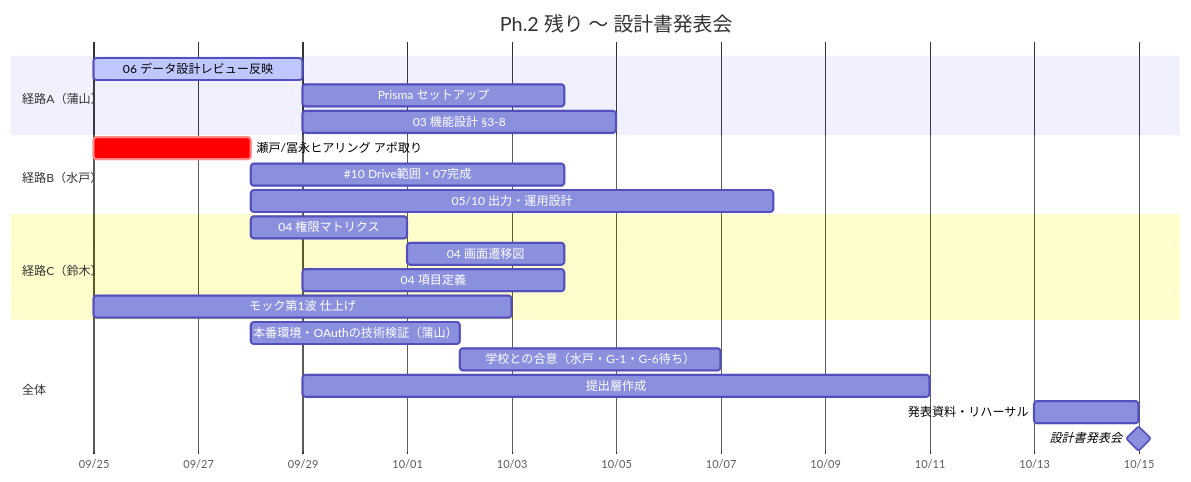
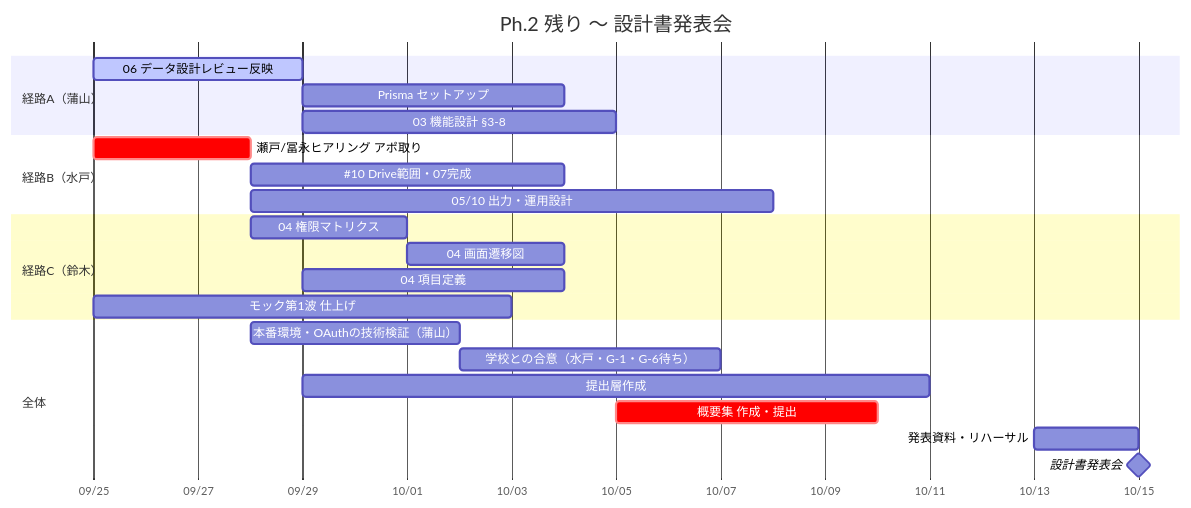
The diagram in pm/wbs.md (250158hj-maker/yse_compass), drawn with Mermaid before and after one commit. The commit also changed other lines of this file, not shown here.

````diff
--- a/pm/wbs.md
+++ b/pm/wbs.md
@@ -186,29 +190,30 @@
 ```mermaid
 gantt
     title Ph.2 残り 〜 設計書発表会
     dateFormat  YYYY-MM-DD
     axisFormat  %m/%d
 
     section 経路A（蒲山）
     06 データ設計レビュー反映      :active, a1, 2026-09-25, 4d
     Prisma セットアップ            :a2, after a1, 5d
     03 機能設計 §3-8               :a3, after a1, 6d
 
     section 経路B（水戸）
     瀬戸/冨永ヒアリング アポ取り    :crit, b1, 2026-09-25, 3d
     #10 Drive範囲・07完成          :b2, after b1, 6d
     05/10 出力・運用設計           :b3, after b1, 10d
 
     section 経路C（鈴木）
     04 権限マトリクス               :c1, 2026-09-28, 3d
     04 画面遷移図                   :c2, after c1, 3d
     04 項目定義                     :c3, after a1, 5d
     モック第1波 仕上げ              :c4, 2026-09-25, 8d
 
     section 全体
     本番環境・OAuthの技術検証（蒲山）    :d1a, 2026-09-28, 2026-10-02
     学校との合意（水戸・G-1・G-6待ち）  :d1b, after d1a, 5d
     提出層作成                      :e1, 2026-09-29, 12d
+    概要集 作成・提出               :crit, e2, 2026-10-05, 5d
     発表資料・リハーサル            :f1, 2026-10-13, 2d
     設計書発表会                    :milestone, 2026-10-15, 0d
 ```
````
